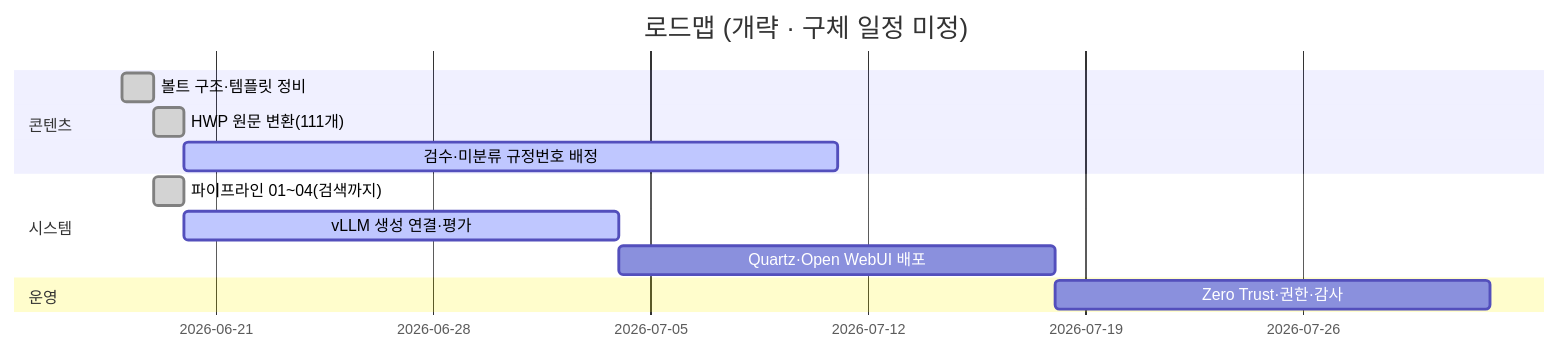
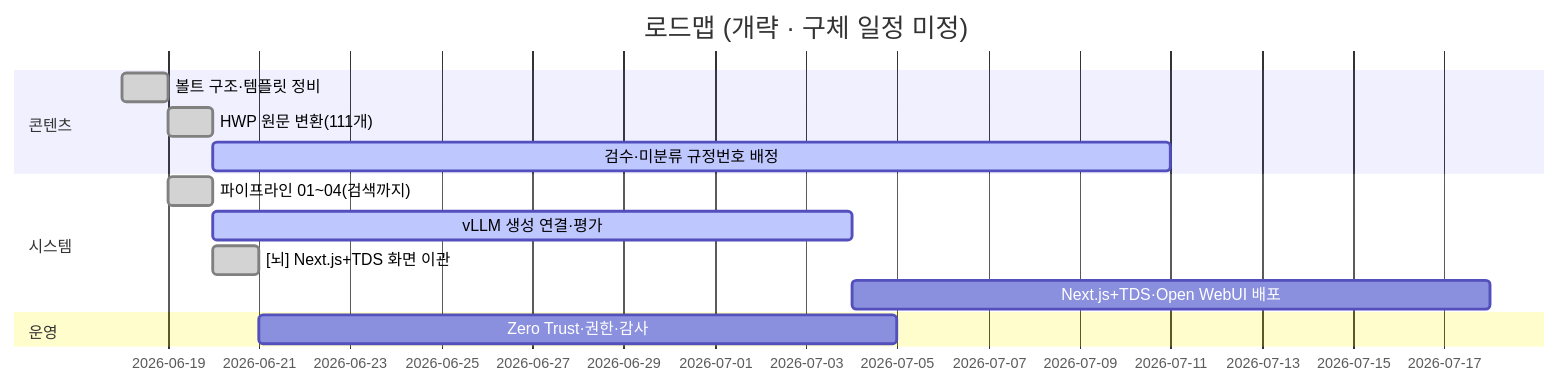
One commit to mooner92/KEIAdminSuperv changed the third of 3 diagrams in README.md. Above: the diagram before and after it, drawn with Mermaid. The commit also changed other lines of this file and 4 other files, not shown here.

First line of the commit message:
docs: [뇌] 화면 Quartz → Next.js + TDS 이관 반영

````diff
--- a/README.md
+++ b/README.md
@@ -255,15 +265,16 @@
 ```mermaid
 gantt
     title 로드맵 (개략 · 구체 일정 미정)
     dateFormat YYYY-MM-DD
     section 콘텐츠
     볼트 구조·템플릿 정비        :done, a1, 2026-06-18, 1d
     HWP 원문 변환(111개)         :done, a2, after a1, 1d
     검수·미분류 규정번호 배정    :active, a3, after a2, 21d
     section 시스템
     파이프라인 01~04(검색까지)   :done, b1, after a1, 1d
     vLLM 생성 연결·평가          :active, b2, after b1, 14d
-    Quartz·Open WebUI 배포       :         b3, after b2, 14d
+    [뇌] Next.js+TDS 화면 이관    :done, b3, after b1, 1d
+    Next.js+TDS·Open WebUI 배포   :         b4, after b2, 14d
     section 운영
     Zero Trust·권한·감사         :         c1, after b3, 14d
 ```
````
